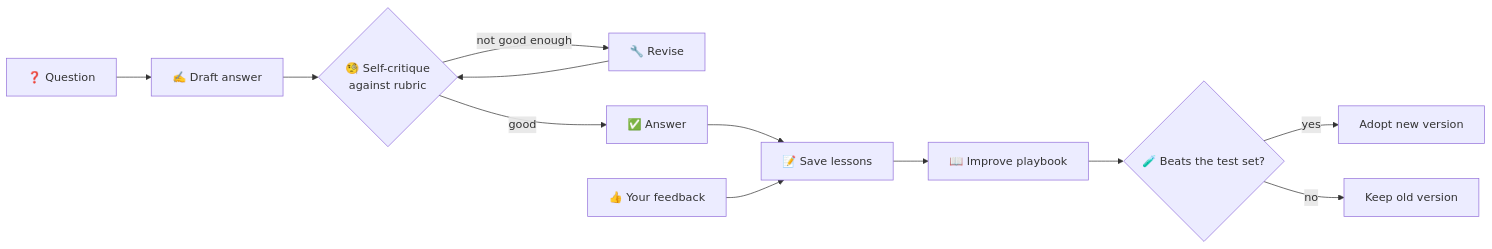
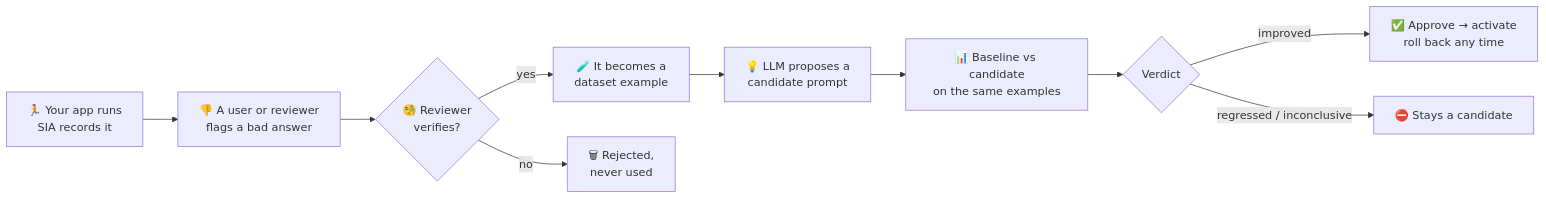
The diagram in README.md (SrijithLegend/Self-Improving-Agent), drawn with Mermaid before and after one commit. The commit also changed other lines of this file and 24 other files, not shown here.

````diff
--- a/README.md
+++ b/README.md
@@ -46,14 +26,12 @@
 ```mermaid
 flowchart LR
-    Q[❓ Question] --> D[✍️ Draft answer]
-    D --> C{🧐 Self-critique<br/>against rubric}
-    C -- not good enough --> R[🔧 Revise]
-    R --> C
-    C -- good --> A[✅ Answer]
-    A --> L[📝 Save lessons]
-    F[👍 Your feedback] --> L
-    L --> P[📖 Improve playbook]
-    P --> T{🧪 Beats the test set?}
-    T -- yes --> K[Adopt new version]
-    T -- no --> X[Keep old version]
+    A[🏃 Your app runs<br/>SIA records it] --> B[👎 A user or reviewer<br/>flags a bad answer]
+    B --> C{🧐 Reviewer<br/>verifies?}
+    C -- yes --> D[🧪 It becomes a<br/>dataset example]
+    C -- no --> X[🗑 Rejected,<br/>never used]
+    D --> E[💡 LLM proposes a<br/>candidate prompt]
+    E --> F[📊 Baseline vs candidate<br/>on the same examples]
+    F --> G{Verdict}
+    G -- improved --> H[✅ Approve → activate<br/>roll back any time]
+    G -- regressed / inconclusive --> I[⛔ Stays a candidate]
 ```
````
